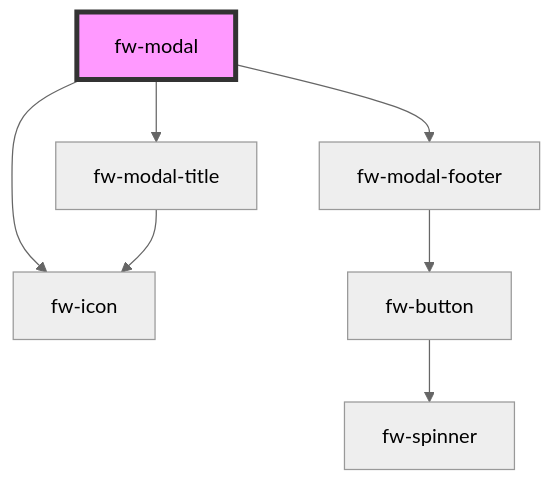
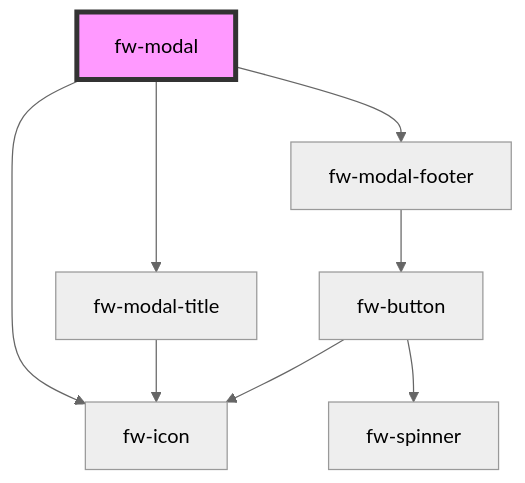
One commit to freshworks/crayons changed the diagram in packages/crayons-core/src/components/modal/readme.md. Above: the diagram before and after it, drawn with Mermaid (neutral theme). The commit also changed 6 other files, not shown here.

````diff
--- a/packages/crayons-core/src/components/modal/readme.md
+++ b/packages/crayons-core/src/components/modal/readme.md
@@ -286,10 +286,11 @@
 ```mermaid
 graph TD;
   fw-modal --> fw-icon
   fw-modal --> fw-modal-title
   fw-modal --> fw-modal-footer
   fw-modal-title --> fw-icon
   fw-modal-footer --> fw-button
   fw-button --> fw-spinner
+  fw-button --> fw-icon
   style fw-modal fill:#f9f,stroke:#333,stroke-width:4px
 ```
````
